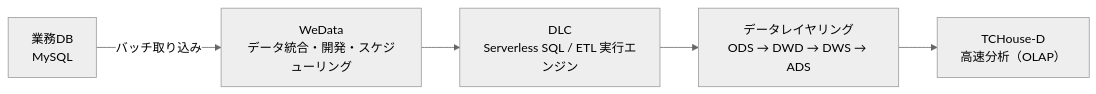
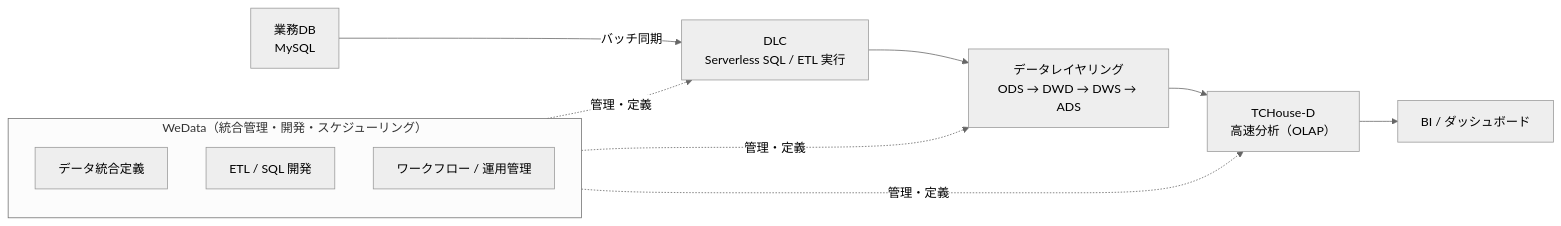
The first of 2 diagrams in README.md (yuejiangli/tencentcloud-bigdata-hands-on), drawn with Mermaid (neutral theme) before and after one commit.

Commit message:
Update README architecture diagram

````diff
--- a/README.md
+++ b/README.md
@@ -54,7 +54,24 @@
 ```mermaid
 flowchart LR
-  A[業務DB<br/>MySQL] -->|バッチ取り込み| B[WeData<br/>データ統合・開発・スケジューリング]
-  B --> C[DLC<br/>Serverless SQL / ETL 実行エンジン]
-  C --> D[データレイヤリング<br/>ODS → DWD → DWS → ADS]
-  D --> E[TCHouse-D<br/>高速分析（OLAP）]
+  subgraph ControlPlane["WeData（統合管理・開発・スケジューリング）"]
+    W1[データ統合定義]
+    W2[ETL / SQL 開発]
+    W3[ワークフロー / 運用管理]
+  end
+
+  A[業務DB<br/>MySQL]
+  C[DLC<br/>Serverless SQL / ETL 実行]
+  D[データレイヤリング<br/>ODS → DWD → DWS → ADS]
+  E[TCHouse-D<br/>高速分析（OLAP）]
+  F[BI / ダッシュボード]
+
+  A -->|バッチ同期| C
+  C --> D
+  D --> E
+  E --> F
+
+  ControlPlane -. 管理・定義 .-> C
+  ControlPlane -. 管理・定義 .-> D
+  ControlPlane -. 管理・定義 .-> E
+
 ```
````
